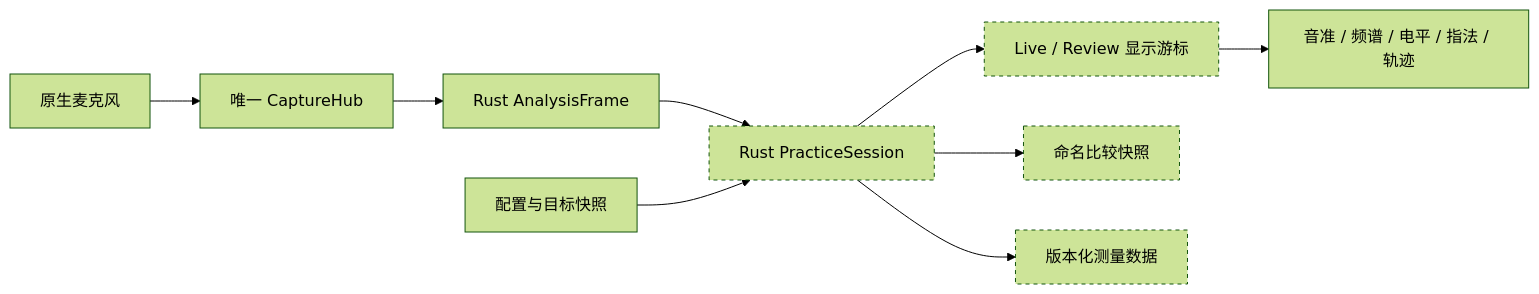
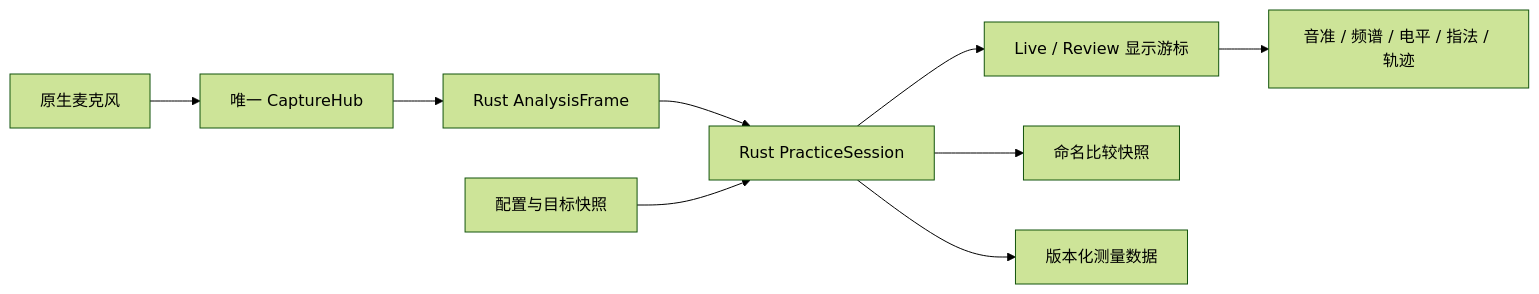
Before and after one commit to liuchong/tuner: the second of 2 diagrams in docs/practice-workspace.md, drawn with Mermaid (forest theme). The commit also changed other lines of this file and 81 other files, not shown here.

````diff
--- a/docs/practice-workspace.md
+++ b/docs/practice-workspace.md
@@ -50,13 +51,11 @@
 ```mermaid
 flowchart LR
     Mic[原生麦克风] --> Hub[唯一 CaptureHub]
     Hub --> Core[Rust AnalysisFrame]
     Core --> Session[Rust PracticeSession]
     Config[配置与目标快照] --> Session
     Session --> Cursor[Live / Review 显示游标]
     Cursor --> Views[音准 / 频谱 / 电平 / 指法 / 轨迹]
     Session --> Snapshots[命名比较快照]
     Session --> Export[版本化测量数据]
-    classDef planned stroke-dasharray: 4 4
-    class Session,Cursor,Snapshots,Export planned
 ```
````
